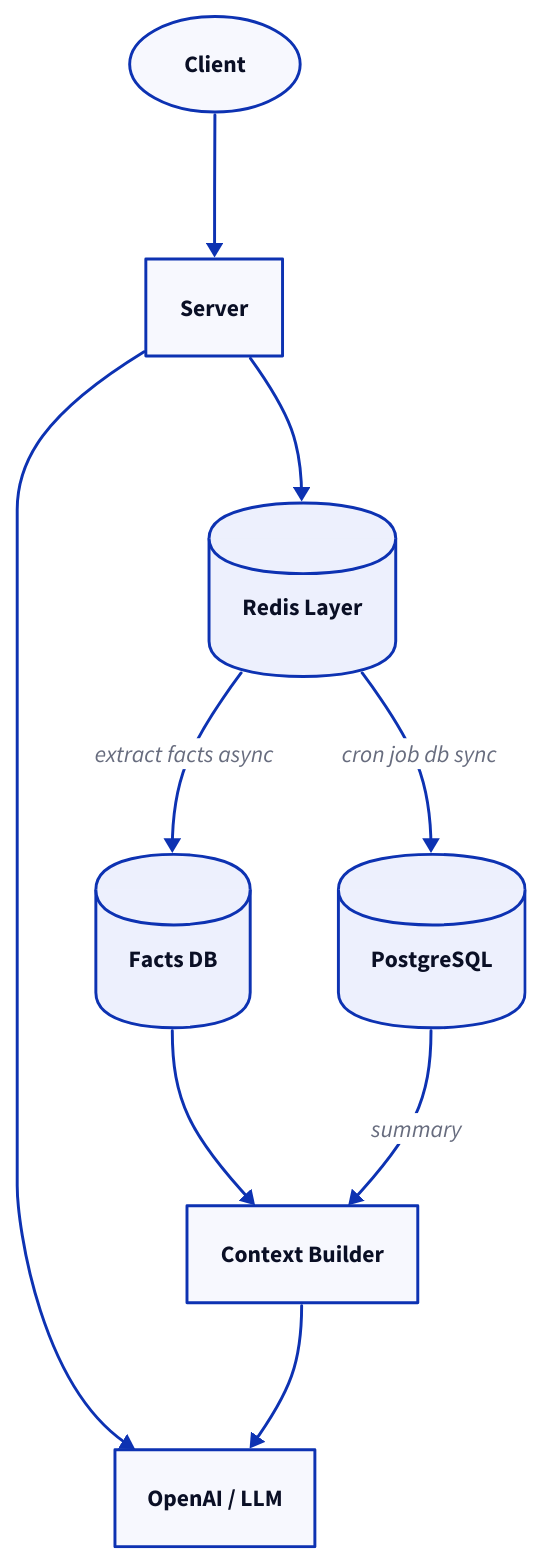
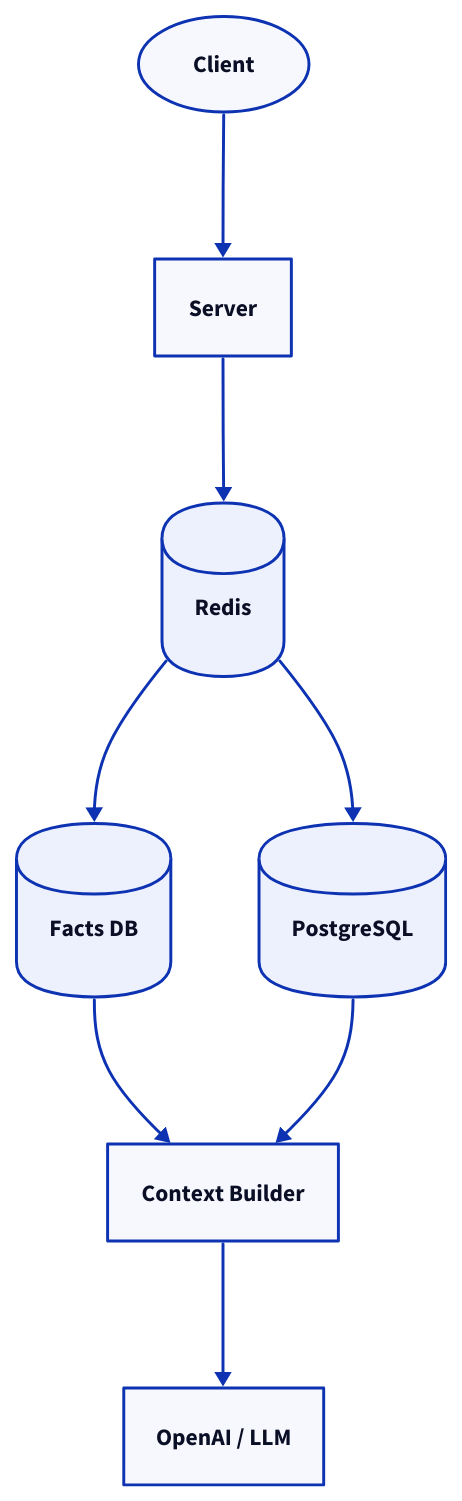
One commit to g-savitha/gsavitha.in changed the fourth of 6 diagrams in src/content/blog/context-management-window.md. Above: the diagram before and after it, drawn with D2. The commit also changed other lines of this file and 11 other files, not shown here.

````diff
--- a/src/content/blog/context-management-window.md
+++ b/src/content/blog/context-management-window.md
@@ -189,17 +188,14 @@
 ```d2
 direction: down
 Client: Client {shape: oval; class: success}
 Server: Server {class: primary}
+Redis: Redis {shape: cylinder; class: info}
+Facts: "Facts DB" {shape: cylinder; class: secondary}
+PG: PostgreSQL {shape: cylinder; class: secondary}
+CB: "Context Builder" {class: warning}
 LLM: "OpenAI / LLM" {class: accent}
-Redis: "Redis Layer" {shape: cylinder; class: info}
-FactsDB: "Facts DB" {shape: cylinder; class: secondary}
-PostgreSQL: PostgreSQL {shape: cylinder; class: secondary}
-ContextBuilder: "Context Builder" {class: warning}
-Client -> Server -> LLM
-Server -> Redis
-Redis -> FactsDB: "extract facts async"
-Redis -> PostgreSQL: "cron job db sync"
-FactsDB -> ContextBuilder
-PostgreSQL -> ContextBuilder: summary
-ContextBuilder -> LLM
+Client -> Server -> Redis
+Redis -> Facts -> CB
+Redis -> PG -> CB
+CB -> LLM
 ```
````
